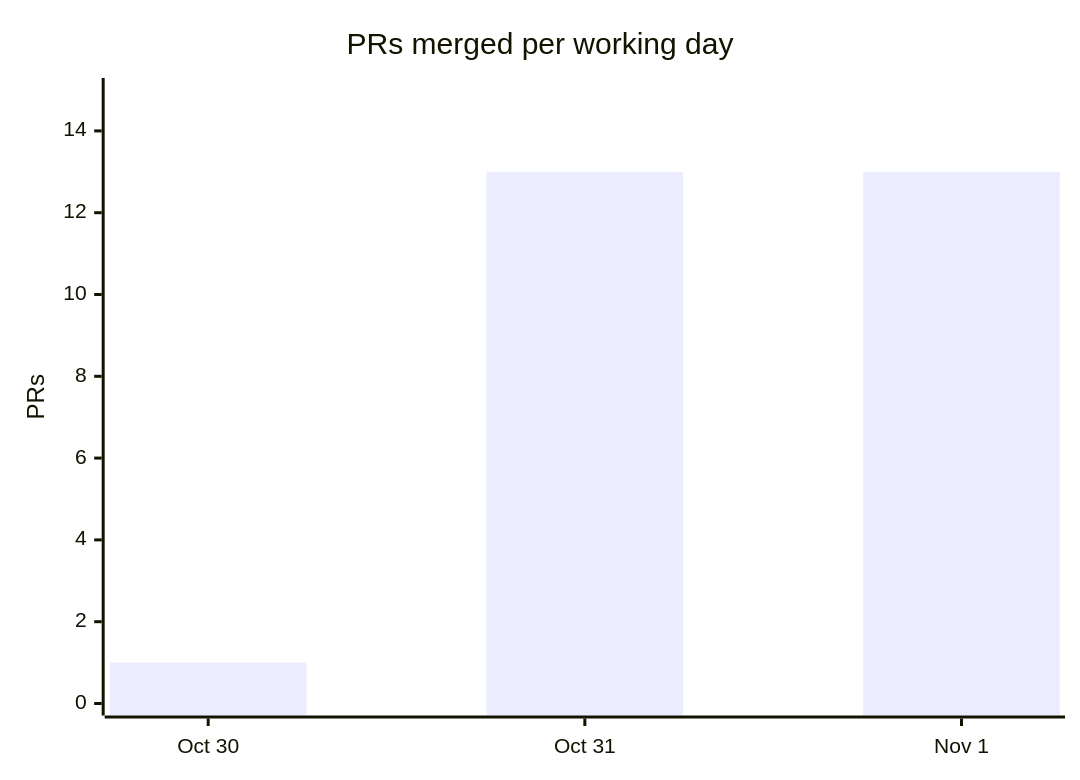
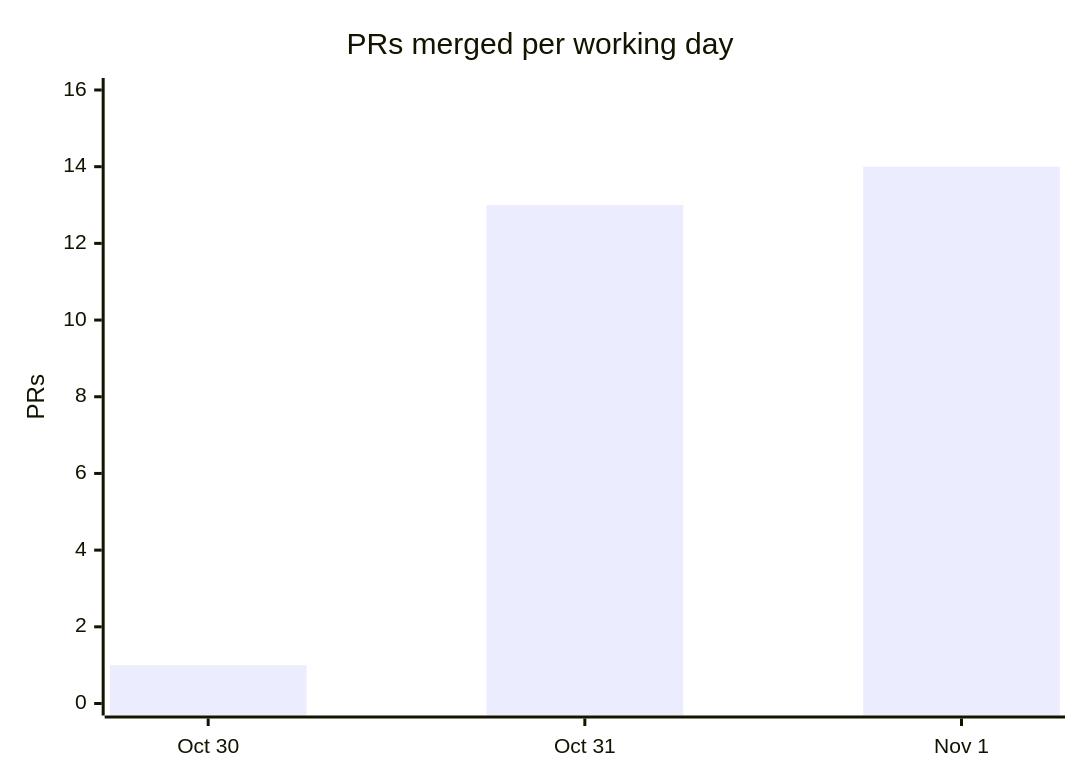
Before and after one commit to cmprssd/nfsh: the fourth of 4 diagrams in docs/OVERVIEW.md, drawn with Mermaid. The commit also changed other lines of this file and 8 other files, not shown here.

````diff
--- a/docs/OVERVIEW.md
+++ b/docs/OVERVIEW.md
@@ -139,7 +139,7 @@
 ```mermaid
 xychart-beta
     title "PRs merged per working day"
     x-axis ["Oct 30", "Oct 31", "Nov 1"]
-    y-axis "PRs" 0 --> 15
-    bar [1, 13, 13]
+    y-axis "PRs" 0 --> 16
+    bar [1, 13, 14]
 ```
````
